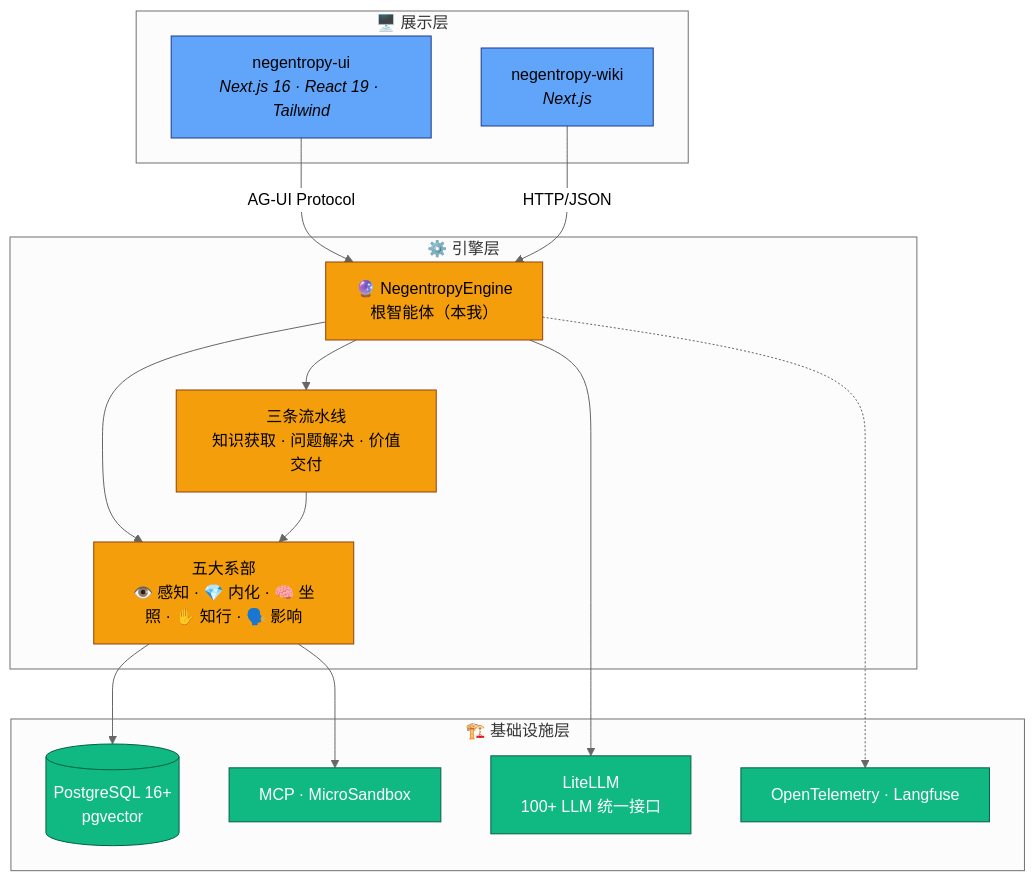
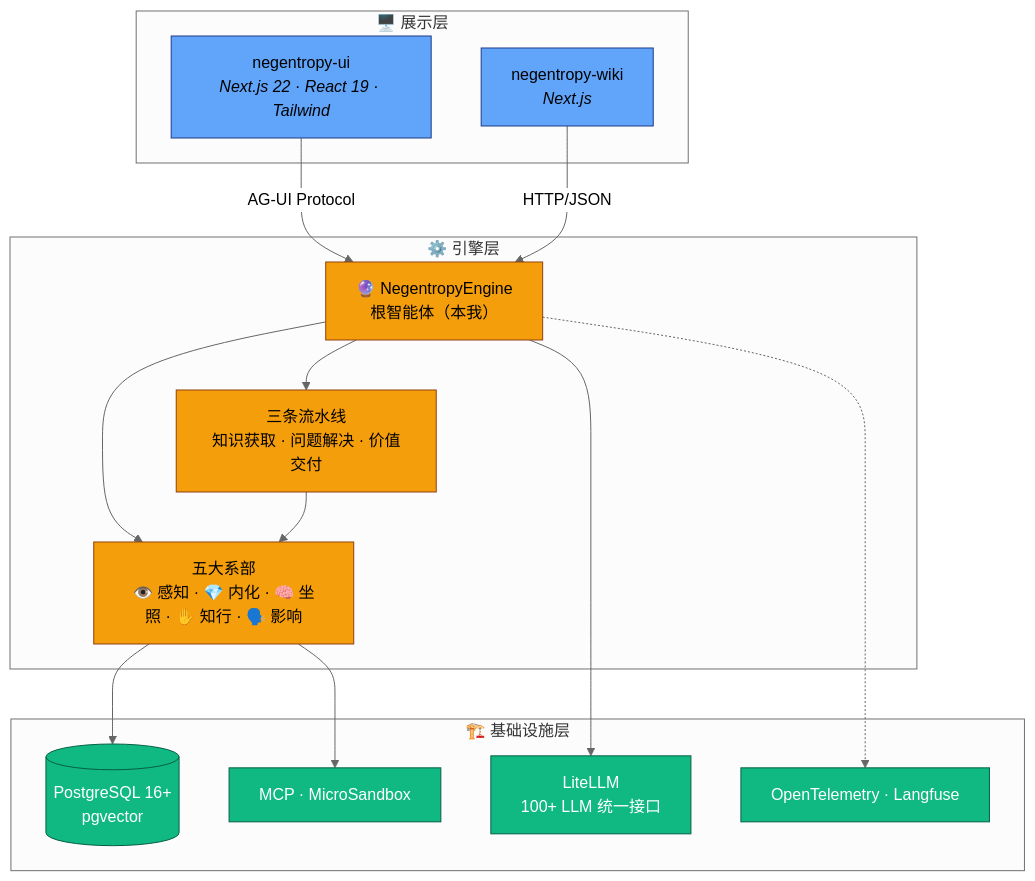
The second of 2 diagrams in README.md (ThreeFish-AI/negentropy), drawn with Mermaid (neutral theme) before and after one commit. The commit also changed other lines of this file and 1 other file, not shown here.

````diff
--- a/README.md
+++ b/README.md
@@ -53,38 +144,38 @@
 ```mermaid
 graph TB
     subgraph Presentation["🖥️ 展示层"]
-        UI["negentropy-ui<br/><i>Next.js 16 · React 19 · Tailwind</i>"]
+        UI["negentropy-ui<br/><i>Next.js 22 · React 19 · Tailwind</i>"]
         Wiki["negentropy-wiki<br/><i>Next.js</i>"]
     end
 
     subgraph Engine["⚙️ 引擎层"]
         Root["🔮 NegentropyEngine<br/>根智能体（本我）"]
         Faculties["五大系部<br/>👁️ 感知 · 💎 内化 · 🧠 坐照 · ✋ 知行 · 🗣️ 影响"]
         Pipelines["三条流水线<br/>知识获取 · 问题解决 · 价值交付"]
     end
 
     subgraph Infra["🏗️ 基础设施层"]
         DB[("PostgreSQL 16+<br/>pgvector")]
         LLM["LiteLLM<br/>100+ LLM 统一接口"]
         OTel["OpenTelemetry · Langfuse"]
         Sandbox["MCP · MicroSandbox"]
     end
 
     UI -->|"AG-UI Protocol"| Root
     Wiki -->|"HTTP/JSON"| Root
     Root --> Faculties
     Root --> Pipelines
     Pipelines --> Faculties
     Faculties --> DB
     Faculties --> Sandbox
     Root --> LLM
     Root -.-> OTel
 
     classDef pres fill:#60A5FA,stroke:#1E3A8A,color:#000
     classDef eng fill:#F59E0B,stroke:#92400E,color:#000
     classDef infra fill:#10B981,stroke:#065F46,color:#FFF
 
     class UI,Wiki pres
     class Root,Faculties,Pipelines eng
     class DB,LLM,OTel,Sandbox infra
 ```
````
